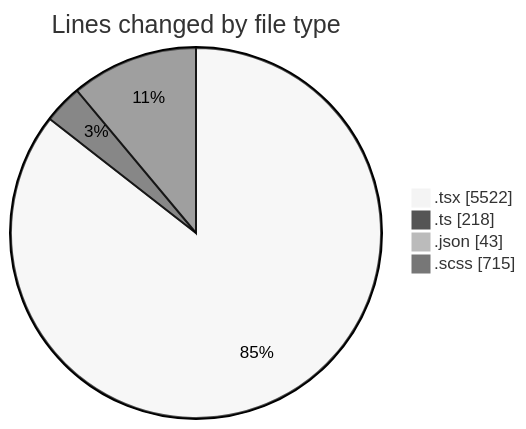
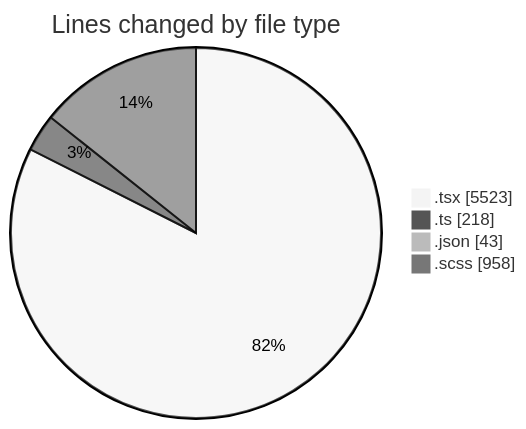
One commit to momahboobian/code-tracking changed the first of 2 diagrams in 2025-09-23/cda/README.md. Above: the diagram before and after it, drawn with Mermaid (neutral theme). The commit also changed other lines of this file and 1 other file, not shown here.

````diff
--- a/2025-09-23/cda/README.md
+++ b/2025-09-23/cda/README.md
@@ -34,8 +35,8 @@
 ```mermaid
 pie showData
 title Lines changed by file type
-".tsx" : 5522
+".tsx" : 5523
 ".ts" : 218
 ".json" : 43
-".scss" : 715
+".scss" : 958
 ```
````
